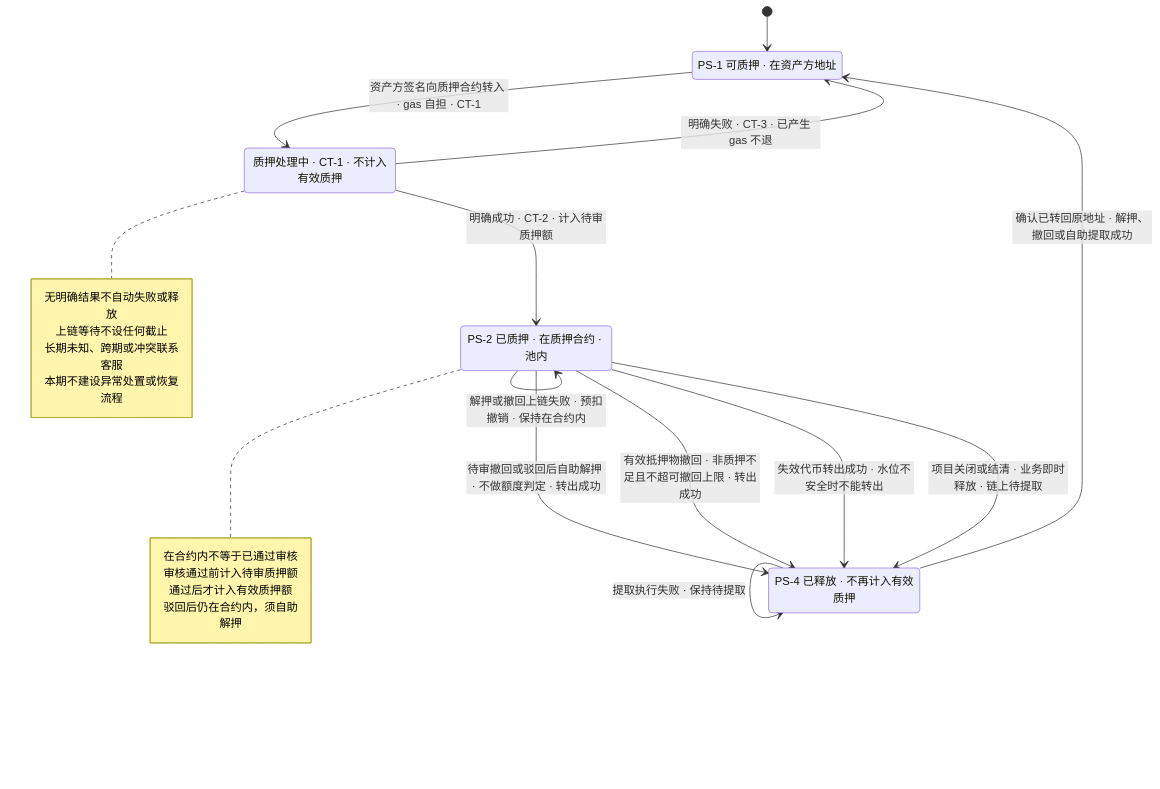
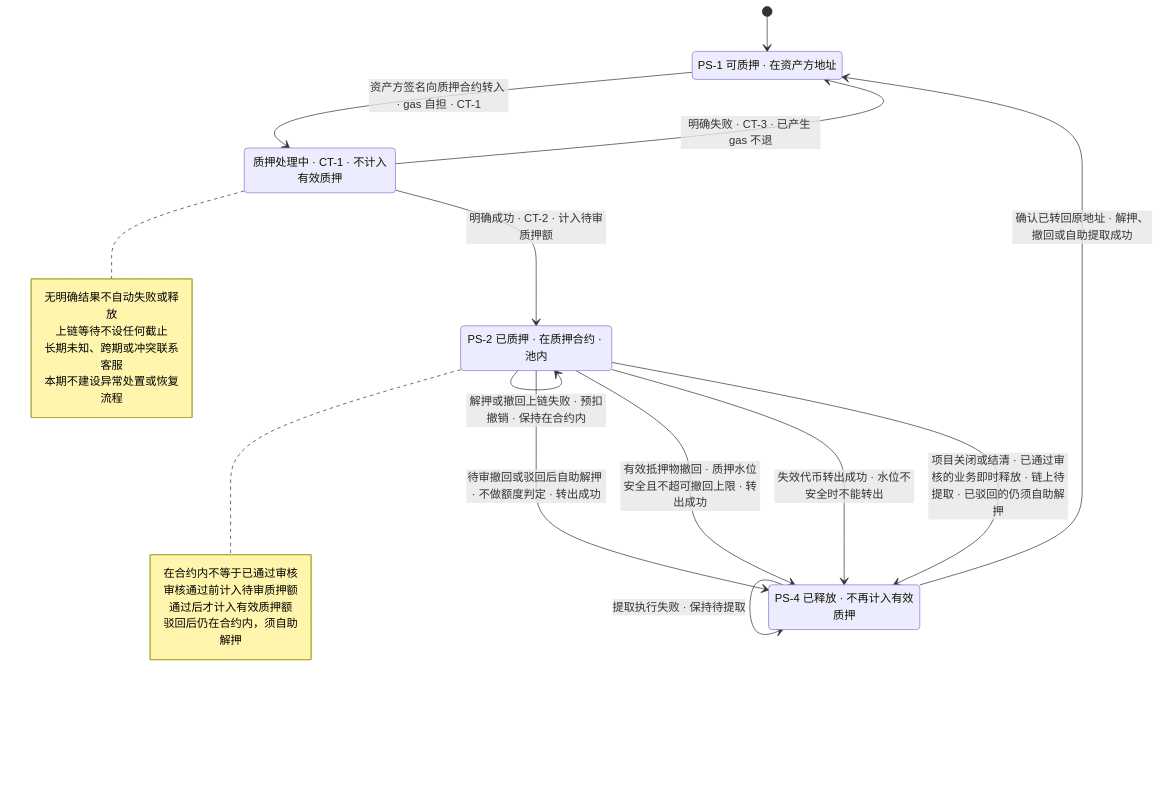
The ninth of 10 diagrams in lending-platform/PRD/面客端/05-借贷广场-融资需求与代币质押/02-融资需求与代币质押-流程图与状态机.md (wxblockchain/Chain-Financing), drawn with Mermaid before and after one commit. The commit also changed other lines of this file and 6 other files, not shown here.

````diff
--- a/lending-platform/PRD/面客端/05-借贷广场-融资需求与代币质押/02-融资需求与代币质押-流程图与状态机.md
+++ b/lending-platform/PRD/面客端/05-借贷广场-融资需求与代币质押/02-融资需求与代币质押-流程图与状态机.md
@@ -249,30 +253,30 @@
 ```mermaid
 stateDiagram-v2
   PS_1: PS-1 可质押 · 在资产方地址
   PS_2: PS-2 已质押 · 在质押合约 · 池内
   PS_4: PS-4 已释放 · 不再计入有效质押
   PROC: 质押处理中 · CT-1 · 不计入有效质押
   [*] --> PS_1
   PS_1 --> PROC: 资产方签名向质押合约转入 · gas 自担 · CT-1
   PROC --> PS_2: 明确成功 · CT-2 · 计入待审质押额
   PROC --> PS_1: 明确失败 · CT-3 · 已产生 gas 不退
   note right of PS_2
     在合约内不等于已通过审核
     审核通过前计入待审质押额
     通过后才计入有效质押额
     驳回后仍在合约内，须自助解押
   end note
   note right of PROC
     无明确结果不自动失败或释放
     上链等待不设任何截止
     长期未知、跨期或冲突联系客服
     本期不建设异常处置或恢复流程
   end note
   PS_2 --> PS_4: 待审撤回或驳回后自助解押 · 不做额度判定 · 转出成功
-  PS_2 --> PS_4: 有效抵押物撤回 · 非质押不足且不超可撤回上限 · 转出成功
+  PS_2 --> PS_4: 有效抵押物撤回 · 质押水位安全且不超可撤回上限 · 转出成功
   PS_2 --> PS_4: 失效代币转出成功 · 水位不安全时不能转出
-  PS_2 --> PS_4: 项目关闭或结清 · 业务即时释放 · 链上待提取
+  PS_2 --> PS_4: 项目关闭或结清 · 已通过审核的业务即时释放 · 链上待提取 · 已驳回的仍须自助解押
   PS_2 --> PS_2: 解押或撤回上链失败 · 预扣撤销 · 保持在合约内
   PS_4 --> PS_1: 确认已转回原地址 · 解押、撤回或自助提取成功
   PS_4 --> PS_4: 提取执行失败 · 保持待提取
 ```
````
